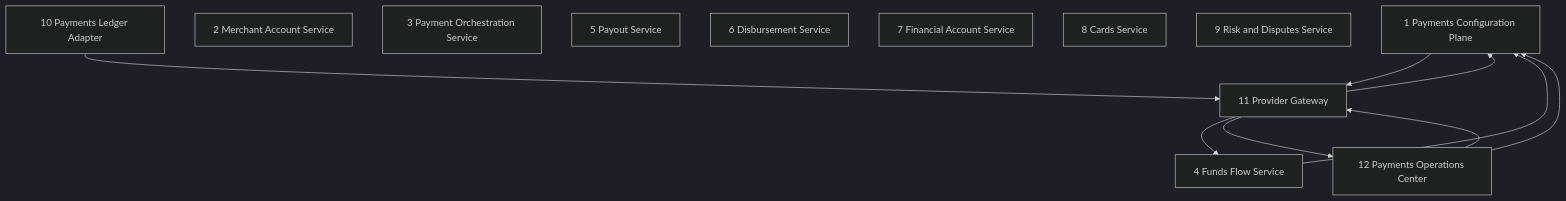
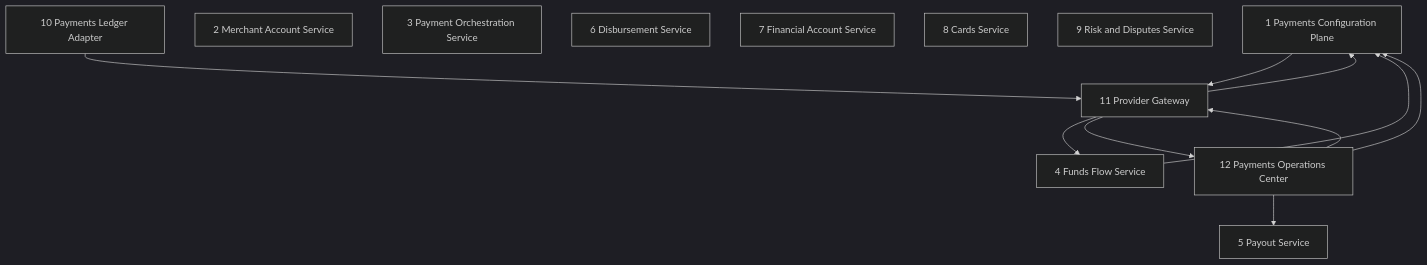
One commit to Tenurework/Tenure-Parent changed the diagram in docs/payments/bounded-contexts.md. Above: the diagram before and after it, drawn with Mermaid (dark theme). The commit also changed other lines of this file and 144 other files, not shown here.

````diff
--- a/docs/payments/bounded-contexts.md
+++ b/docs/payments/bounded-contexts.md
@@ -127,23 +142,24 @@
 ```mermaid
 graph TD
   C1[1 Payments Configuration Plane]
   C2[2 Merchant Account Service]
   C3[3 Payment Orchestration Service]
   C4[4 Funds Flow Service]
   C5[5 Payout Service]
   C6[6 Disbursement Service]
   C7[7 Financial Account Service]
   C8[8 Cards Service]
   C9[9 Risk and Disputes Service]
   C10[10 Payments Ledger Adapter]
   C11[11 Provider Gateway]
   C12[12 Payments Operations Center]
   C10 --> C11
   C11 --> C1
   C11 --> C4
   C11 --> C12
   C4 --> C1
   C1 --> C11
   C12 --> C1
   C12 --> C11
+  C12 --> C5
 ```
````
